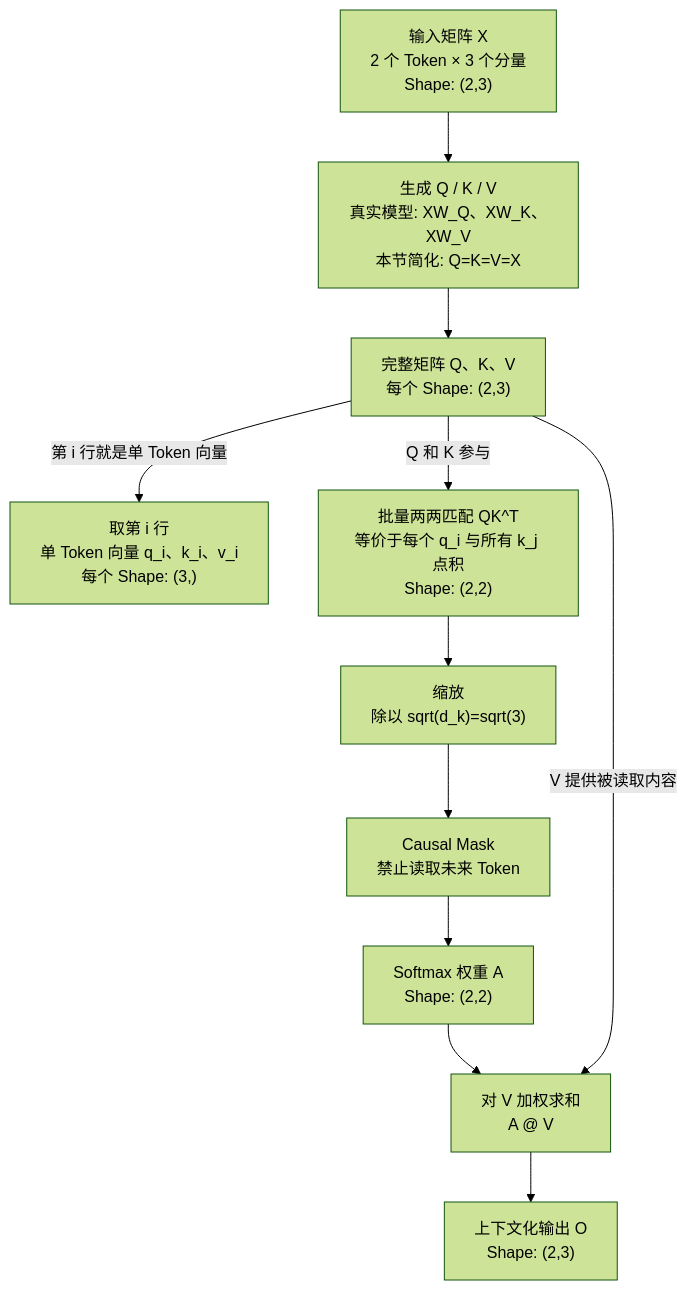
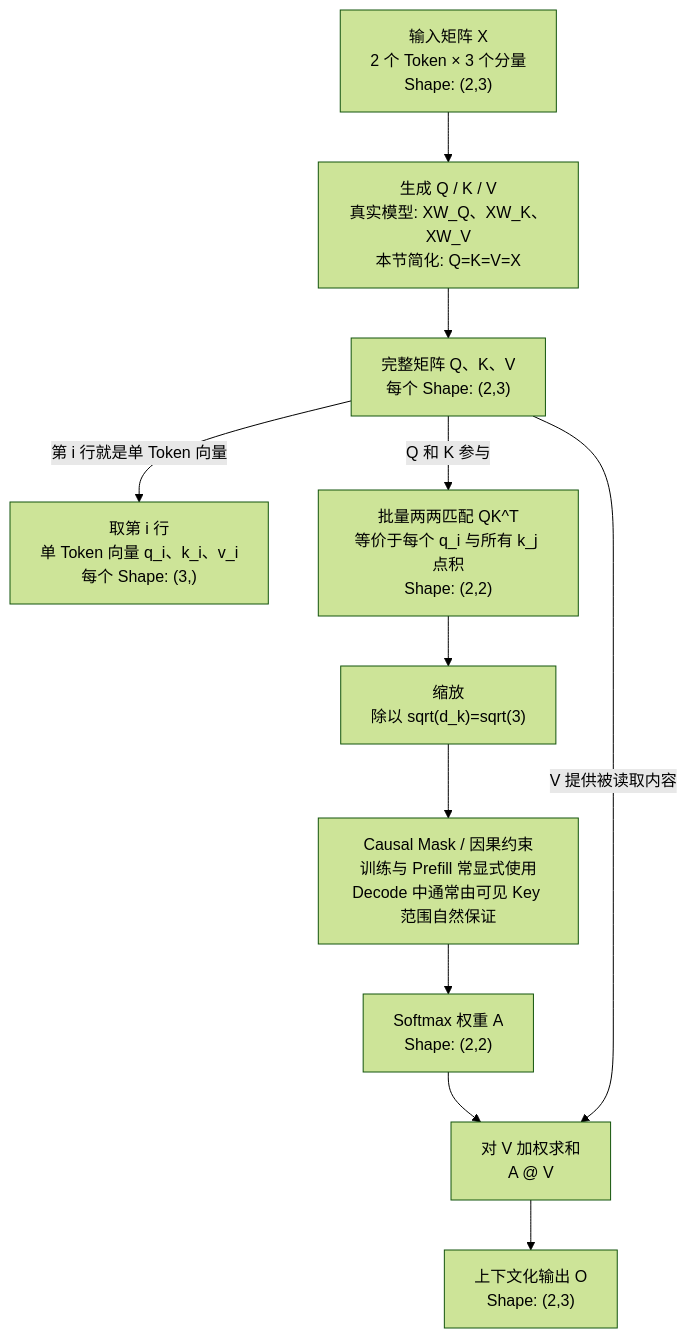
Before and after one commit to wobushixiaoj/agent-learning: the diagram in lessons/transformer/day02-self-attention/OUTPUT.md, drawn with Mermaid (forest theme). The commit also changed other lines of this file and 4 other files, not shown here.

````diff
--- a/lessons/transformer/day02-self-attention/OUTPUT.md
+++ b/lessons/transformer/day02-self-attention/OUTPUT.md
@@ -9,18 +35,18 @@
 ```mermaid
 flowchart TD
     X["输入矩阵 X<br/>2 个 Token × 3 个分量<br/>Shape: (2,3)"]
     P["生成 Q / K / V<br/>真实模型: XW_Q、XW_K、XW_V<br/>本节简化: Q=K=V=X"]
     M["完整矩阵 Q、K、V<br/>每个 Shape: (2,3)"]
     R["取第 i 行<br/>单 Token 向量 q_i、k_i、v_i<br/>每个 Shape: (3,)"]
     S["批量两两匹配 QK^T<br/>等价于每个 q_i 与所有 k_j 点积<br/>Shape: (2,2)"]
     D["缩放<br/>除以 sqrt(d_k)=sqrt(3)"]
-    C["Causal Mask<br/>禁止读取未来 Token"]
+    C["Causal Mask / 因果约束<br/>训练与 Prefill 常显式使用<br/>Decode 中通常由可见 Key 范围自然保证"]
     A["Softmax 权重 A<br/>Shape: (2,2)"]
     W["对 V 加权求和<br/>A @ V"]
     O["上下文化输出 O<br/>Shape: (2,3)"]
     X --> P --> M
     M -->|"第 i 行就是单 Token 向量"| R
     M -->|"Q 和 K 参与"| S
     S --> D --> C --> A --> W --> O
     M -->|"V 提供被读取内容"| W
 ```
````
